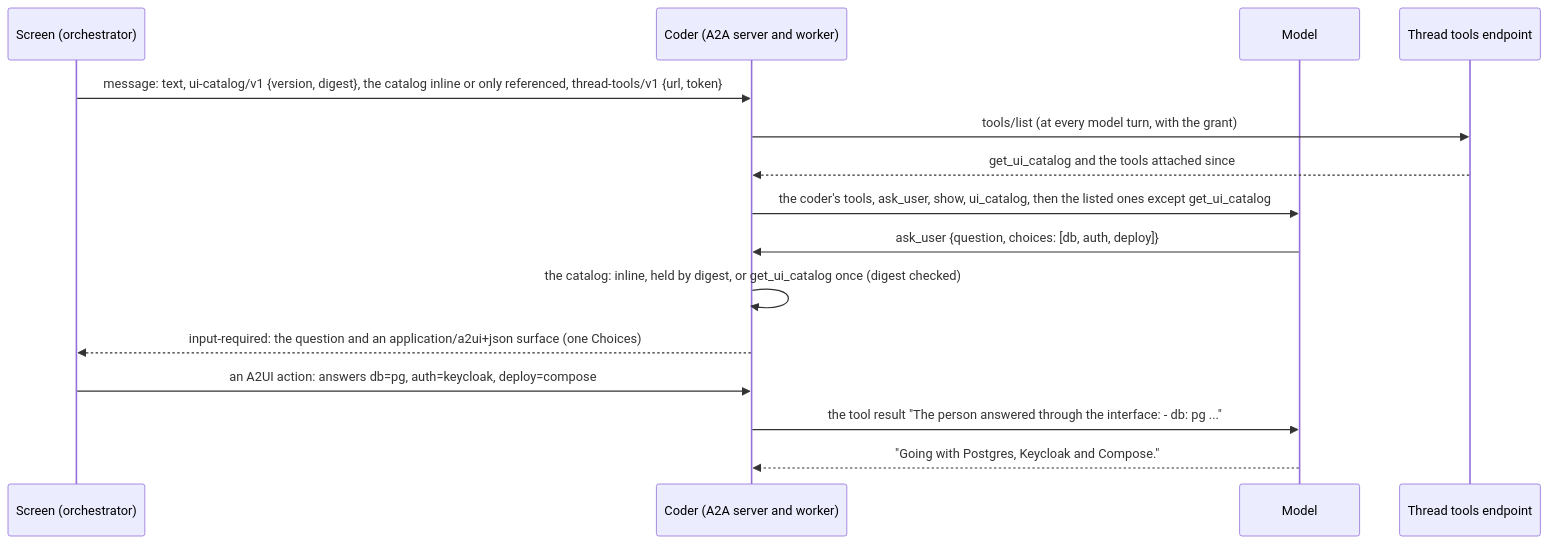
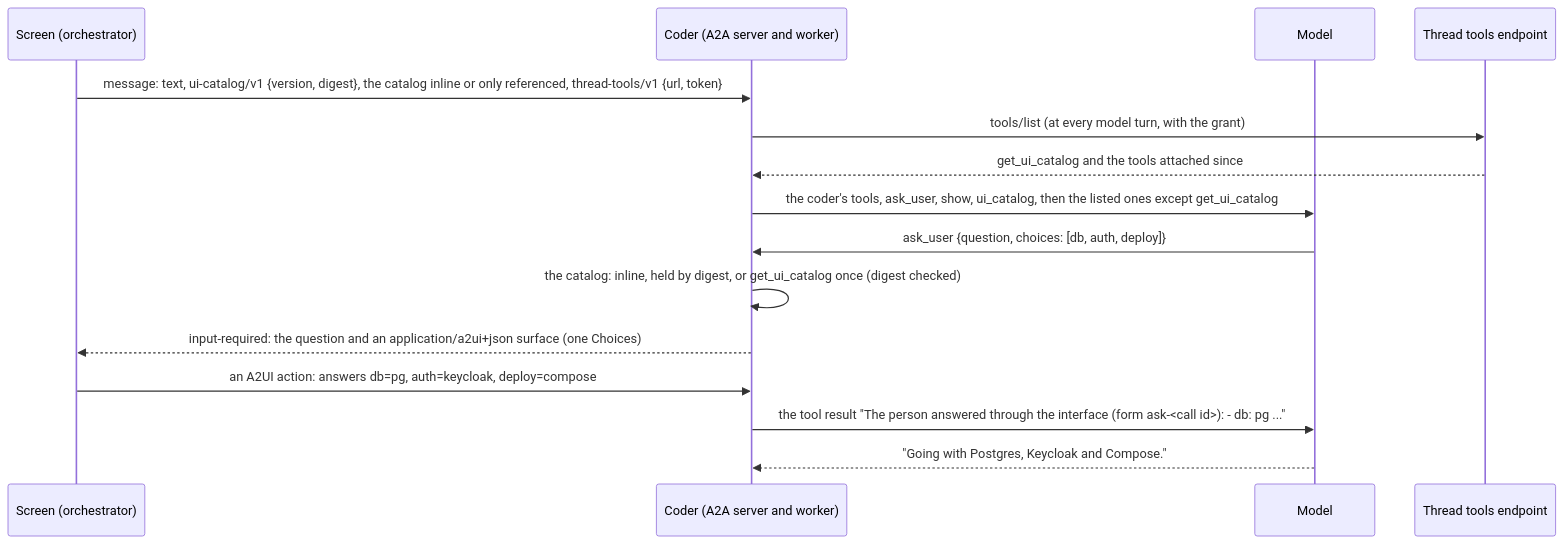
One commit to vymalo/another-adam-rs changed the second of 31 diagrams in bin/adam-coder/README.md. Above: the diagram before and after it, drawn with Mermaid. The commit also changed other lines of this file and 108 other files, not shown here.

````diff
--- a/bin/adam-coder/README.md
+++ b/bin/adam-coder/README.md
@@ -197,17 +200,17 @@
 ```mermaid
 sequenceDiagram
   participant S as Screen (orchestrator)
   participant C as Coder (A2A server and worker)
   participant M as Model
   participant E as Thread tools endpoint
   S->>C: message: text, ui-catalog/v1 {version, digest}, the catalog inline or only referenced, thread-tools/v1 {url, token}
   C->>E: tools/list (at every model turn, with the grant)
   E-->>C: get_ui_catalog and the tools attached since
   C->>M: the coder's tools, ask_user, show, ui_catalog, then the listed ones except get_ui_catalog
   M->>C: ask_user {question, choices: [db, auth, deploy]}
   C->>C: the catalog: inline, held by digest, or get_ui_catalog once (digest checked)
   C-->>S: input-required: the question and an application/a2ui+json surface (one Choices)
   S->>C: an A2UI action: answers db=pg, auth=keycloak, deploy=compose
-  C->>M: the tool result "The person answered through the interface: - db: pg ..."
+  C->>M: the tool result "The person answered through the interface (form ask-<call id>): - db: pg ..."
   M-->>C: "Going with Postgres, Keycloak and Compose."
 ```
````
